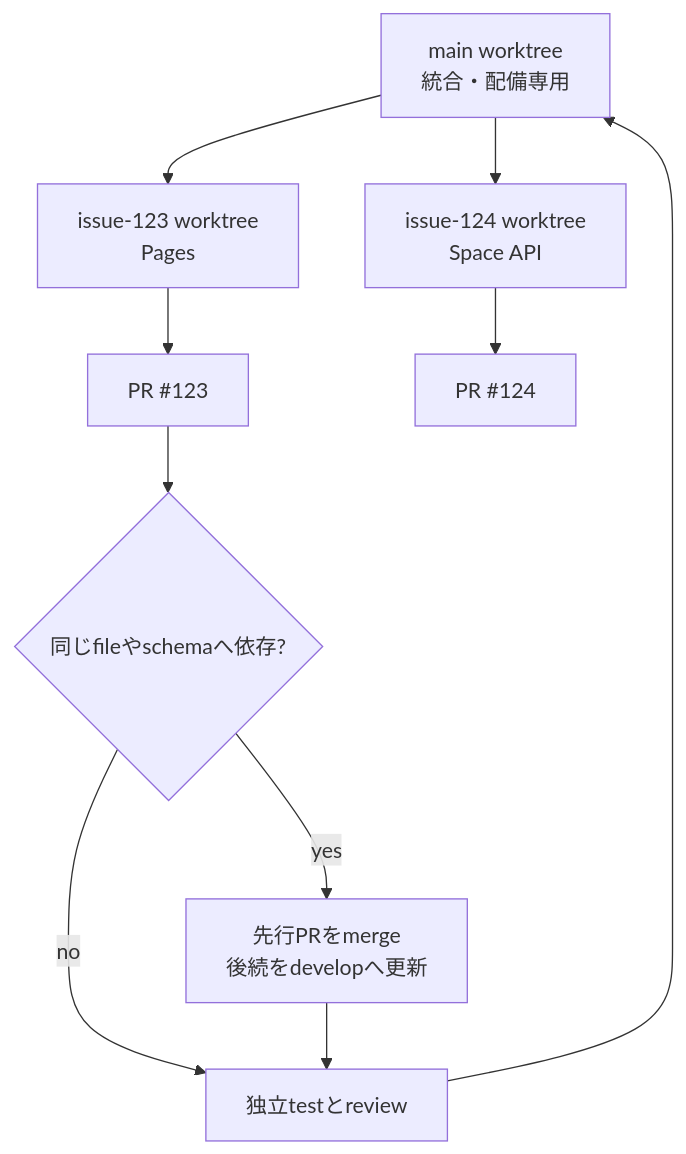
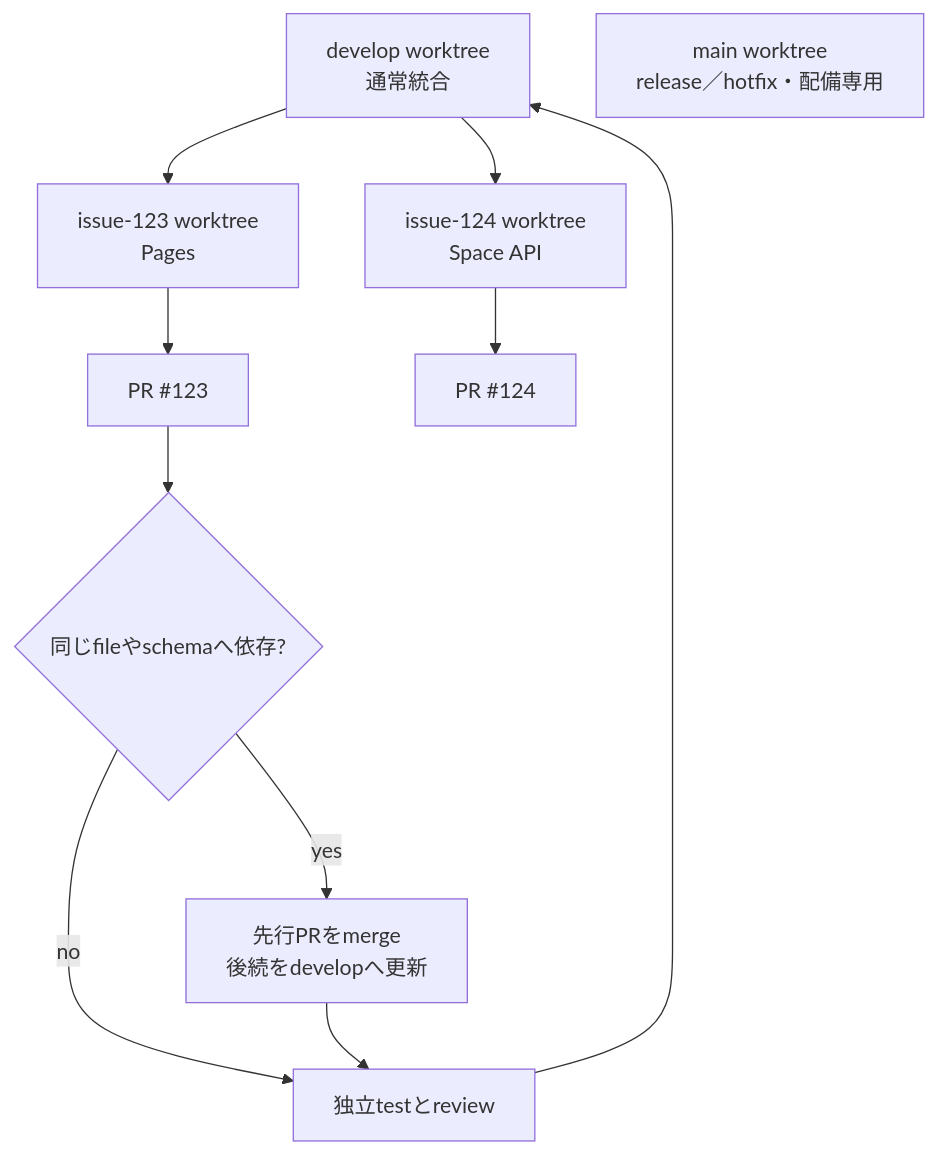
One commit to Sunwood-ai-labs/NyankoFace changed the second of 2 diagrams in docs/ja/guide/change-delivery.md. Above: the diagram before and after it, drawn with Mermaid. The commit also changed other lines of this file and 2 other files, not shown here.

Commit message:
🧩 Complete branch-specific delivery gates
- Route the Japanese normal workflow through develop integration.
- Separate integration cleanup from production cleanup requirements.
- Include approved main-targeting dependency updates in final audits.
- Align English and Japanese delivery guidance with AGENTS.md.
- Resolve the latest exact-head Codex review findings.

````diff
--- a/docs/ja/guide/change-delivery.md
+++ b/docs/ja/guide/change-delivery.md
@@ -145,13 +146,14 @@
 ```mermaid
 flowchart TD
-    M[main worktree<br/>統合・配備専用]
-    M --> A[issue-123 worktree<br/>Pages]
-    M --> B[issue-124 worktree<br/>Space API]
+    D[develop worktree<br/>通常統合]
+    D --> A[issue-123 worktree<br/>Pages]
+    D --> B[issue-124 worktree<br/>Space API]
     A --> PA[PR #123]
     B --> PB[PR #124]
     PA --> V{同じfileやschemaへ依存?}
     V -->|yes| U[先行PRをmerge<br/>後続をdevelopへ更新]
     V -->|no| T[独立testとreview]
     U --> T
-    T --> M
+    T --> D
+    M[main worktree<br/>release／hotfix・配備専用]
 ```
````
